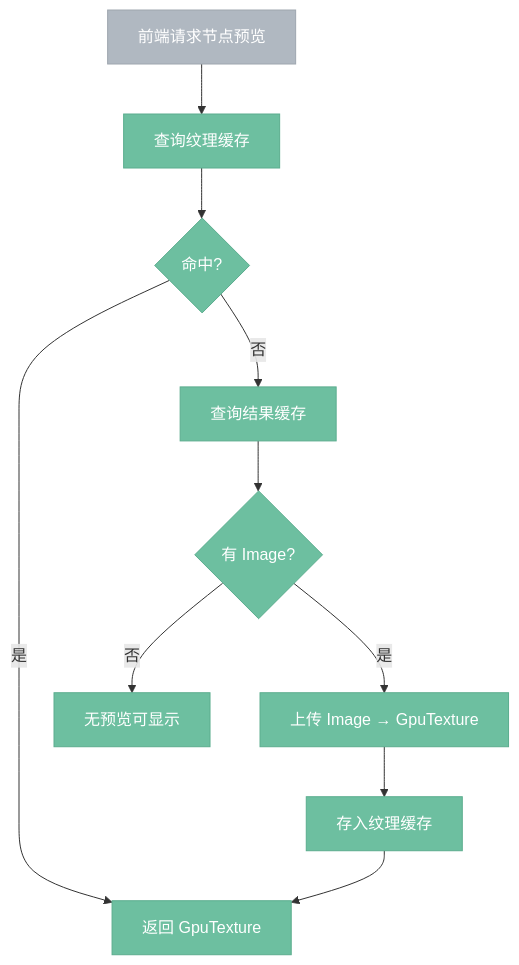
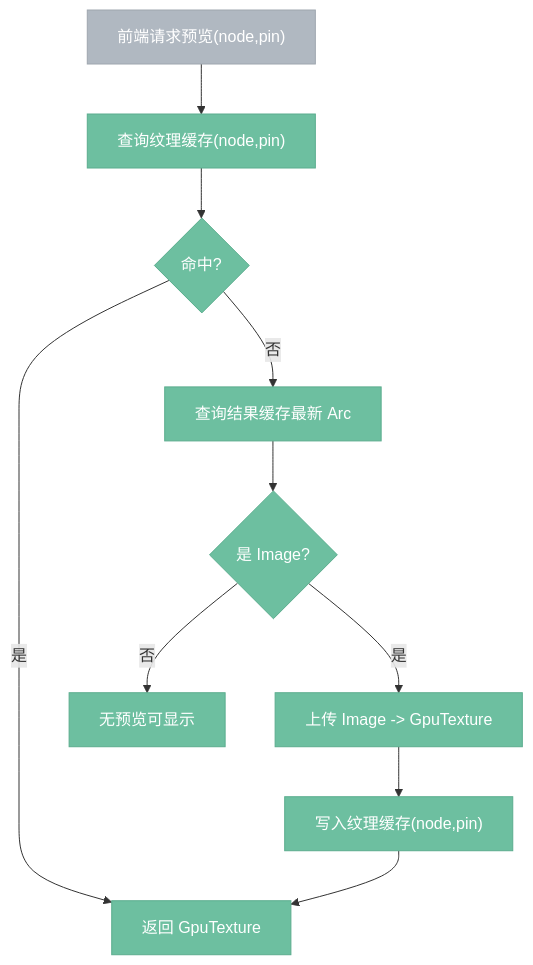
Before and after one commit to aporicho/nodeimg: the fourth of 4 diagrams in docs/target/4.5.0-cache.impl.md, drawn with Mermaid. The commit also changed other lines of this file and 32 other files, not shown here.

````diff
--- a/docs/target/4.5.0-cache.impl.md
+++ b/docs/target/4.5.0-cache.impl.md
@@ -90,16 +126,16 @@
 ```mermaid
 %%{ init: { 'flowchart': { 'curve': 'basis' } } }%%
 flowchart TB
     classDef internal fill:#6DBFA0,stroke:#5BAD8E,color:#fff
     classDef external fill:#B0B8C1,stroke:#9EA6AF,color:#fff
 
-    前端["前端请求节点预览"]:::external --> 查纹理["查询纹理缓存"]:::internal
+    前端["前端请求预览(node,pin)"]:::external --> 查纹理["查询纹理缓存(node,pin)"]:::internal
     查纹理 --> 命中{"命中?"}:::internal
     命中 -->|"是"| 返回["返回 GpuTexture"]:::internal
-    命中 -->|"否"| 查结果["查询结果缓存"]:::internal
-    查结果 --> 有Image{"有 Image?"}:::internal
-    有Image -->|"是"| 上传["上传 Image → GpuTexture"]:::internal
-    上传 --> 存纹理["存入纹理缓存"]:::internal
+    命中 -->|"否"| 查结果["查询结果缓存最新 Arc<Value>"]:::internal
+    查结果 --> 有Image{"是 Image?"}:::internal
+    有Image -->|"否"| 无预览["无预览可显示"]:::internal
+    有Image -->|"是"| 上传["上传 Image -> GpuTexture"]:::internal
+    上传 --> 存纹理["写入纹理缓存(node,pin)"]:::internal
     存纹理 --> 返回
-    有Image -->|"否"| 无预览["无预览可显示"]:::internal
 ```
````
